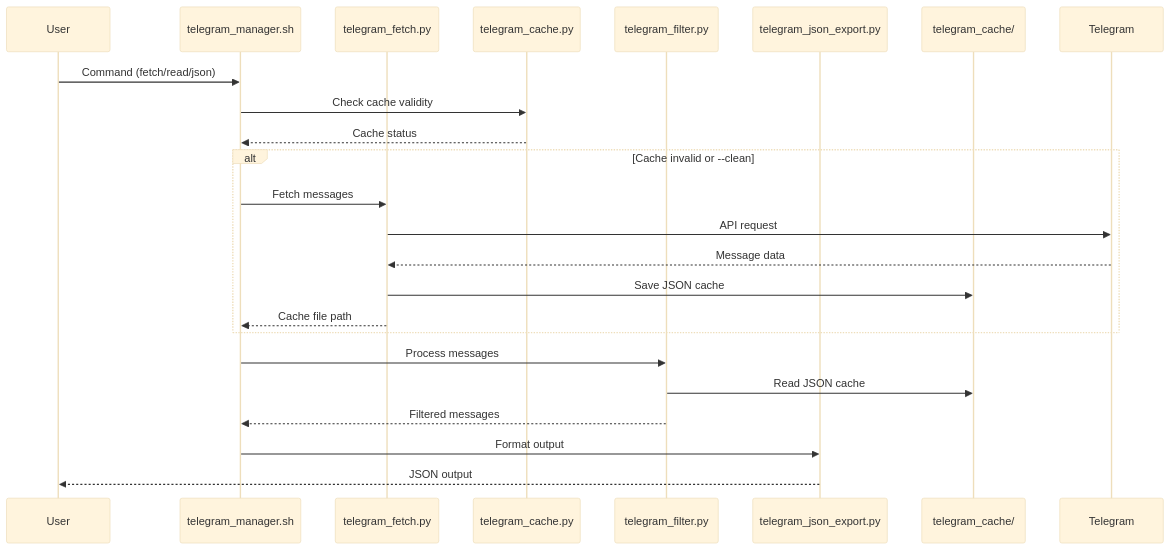
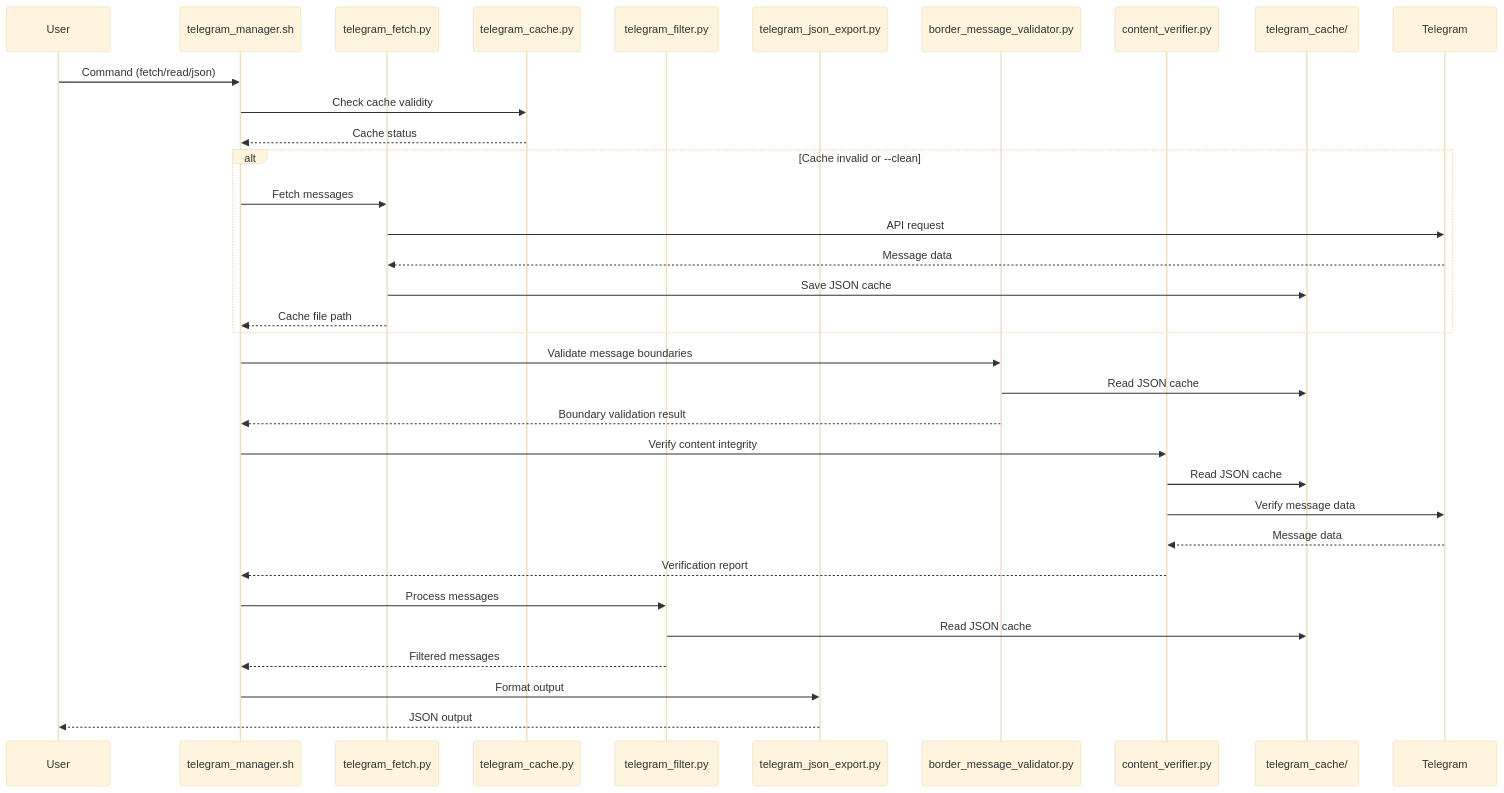
Before and after one commit to almazom/MCP-Fallback-Scripts: the third of 8 diagrams in .qoder/repowiki/en/content/JSON-Based Architecture Overview.md, drawn with Mermaid (base theme). The commit also changed other lines of this file and 18 other files, not shown here.

````diff
--- a/.qoder/repowiki/en/content/JSON-Based Architecture Overview.md
+++ b/.qoder/repowiki/en/content/JSON-Based Architecture Overview.md
@@ -117,25 +143,35 @@
 ```mermaid
 sequenceDiagram
 participant User
 participant Bash as telegram_manager.sh
 participant Fetch as telegram_fetch.py
 participant Cache as telegram_cache.py
 participant Filter as telegram_filter.py
 participant Export as telegram_json_export.py
+participant Validator as border_message_validator.py
+participant Verifier as content_verifier.py
 participant Storage as telegram_cache/
 User->>Bash : Command (fetch/read/json)
 Bash->>Cache : Check cache validity
 Cache-->>Bash : Cache status
 alt Cache invalid or --clean
 Bash->>Fetch : Fetch messages
 Fetch->>Telegram : API request
 Telegram-->>Fetch : Message data
 Fetch->>Storage : Save JSON cache
 Fetch-->>Bash : Cache file path
 end
+Bash->>Validator : Validate message boundaries
+Validator->>Storage : Read JSON cache
+Validator-->>Bash : Boundary validation result
+Bash->>Verifier : Verify content integrity
+Verifier->>Storage : Read JSON cache
+Verifier->>Telegram : Verify message data
+Telegram-->>Verifier : Message data
+Verifier-->>Bash : Verification report
 Bash->>Filter : Process messages
 Filter->>Storage : Read JSON cache
 Filter-->>Bash : Filtered messages
 Bash->>Export : Format output
 Export-->>User : JSON output
 ```
````
